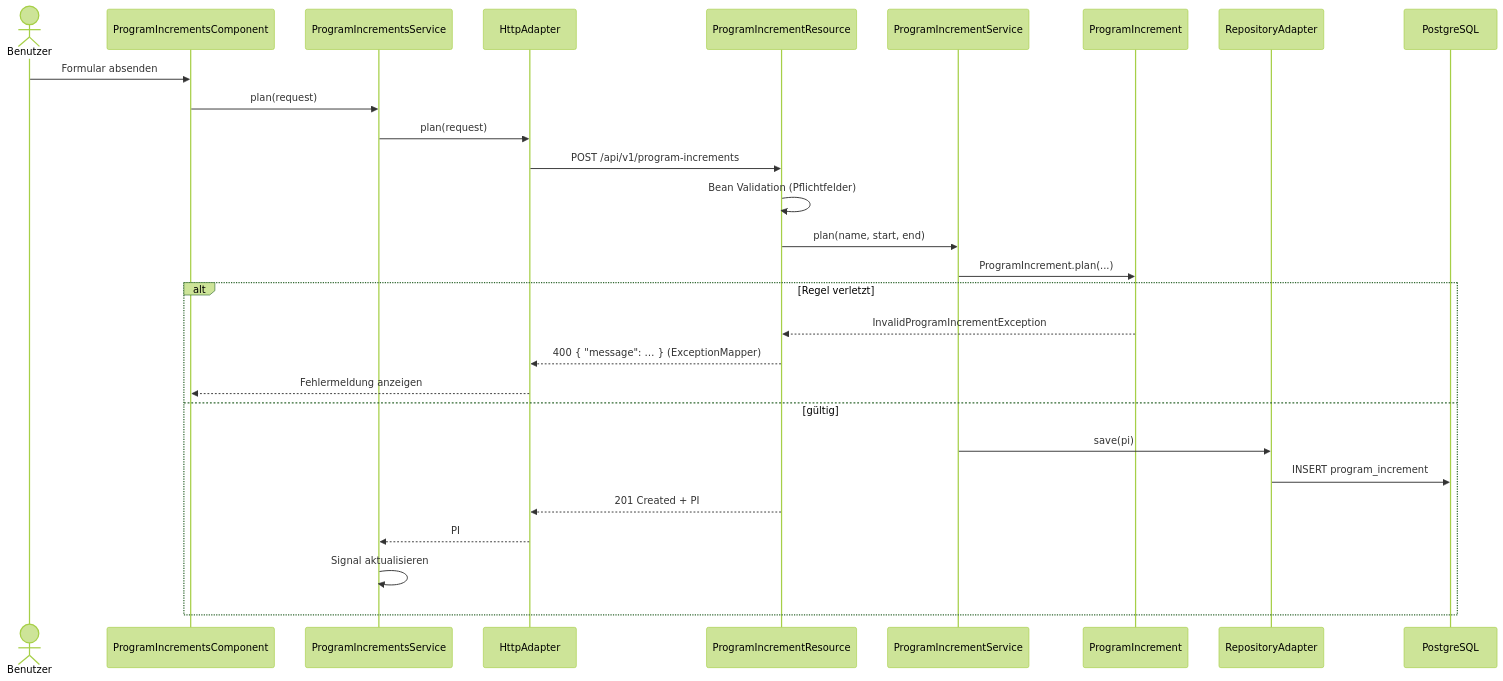
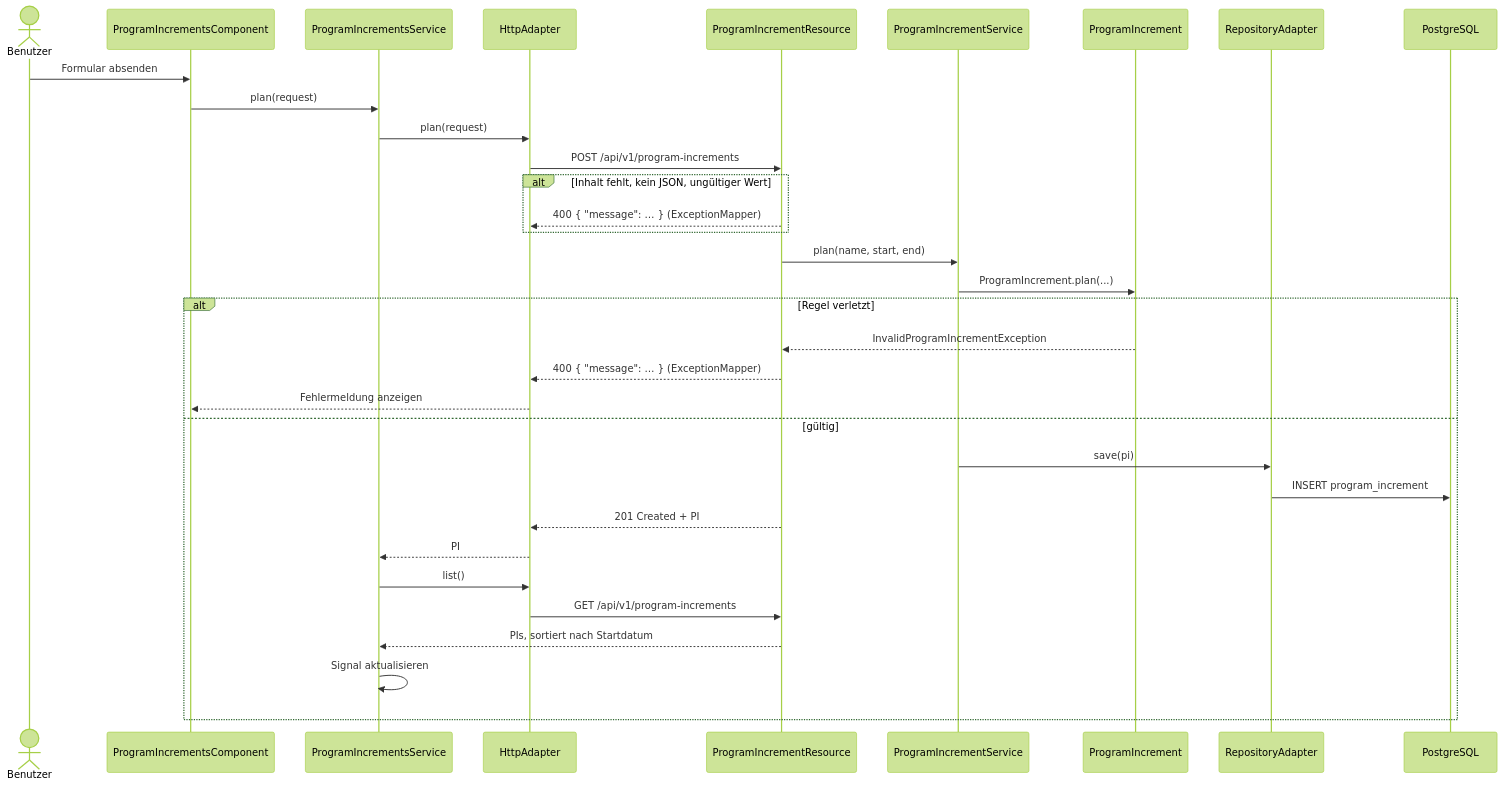
Before and after one commit to LukasW/PIckel: the fourth of 5 diagrams in docs/arc42.md, drawn with Mermaid (forest theme). The commit also changed other lines of this file and 42 other files, not shown here.

````diff
--- a/docs/arc42.md
+++ b/docs/arc42.md
@@ -138,31 +138,36 @@
 ```mermaid
 sequenceDiagram
     actor U as Benutzer
     participant C as ProgramIncrementsComponent
     participant S as ProgramIncrementsService
     participant H as HttpAdapter
     participant R as ProgramIncrementResource
     participant UC as ProgramIncrementService
     participant D as ProgramIncrement
     participant P as RepositoryAdapter
     participant DB as PostgreSQL
 
     U->>C: Formular absenden
     C->>S: plan(request)
     S->>H: plan(request)
     H->>R: POST /api/v1/program-increments
-    R->>R: Bean Validation (Pflichtfelder)
+    alt Inhalt fehlt, kein JSON, ungültiger Wert
+        R-->>H: 400 { "message": … } (ExceptionMapper)
+    end
     R->>UC: plan(name, start, end)
     UC->>D: ProgramIncrement.plan(...)
     alt Regel verletzt
         D-->>R: InvalidProgramIncrementException
         R-->>H: 400 { "message": … } (ExceptionMapper)
         H-->>C: Fehlermeldung anzeigen
     else gültig
         UC->>P: save(pi)
         P->>DB: INSERT program_increment
         R-->>H: 201 Created + PI
         H-->>S: PI
+        S->>H: list()
+        H->>R: GET /api/v1/program-increments
+        R-->>S: PIs, sortiert nach Startdatum
         S->>S: Signal aktualisieren
     end
 ```
````
